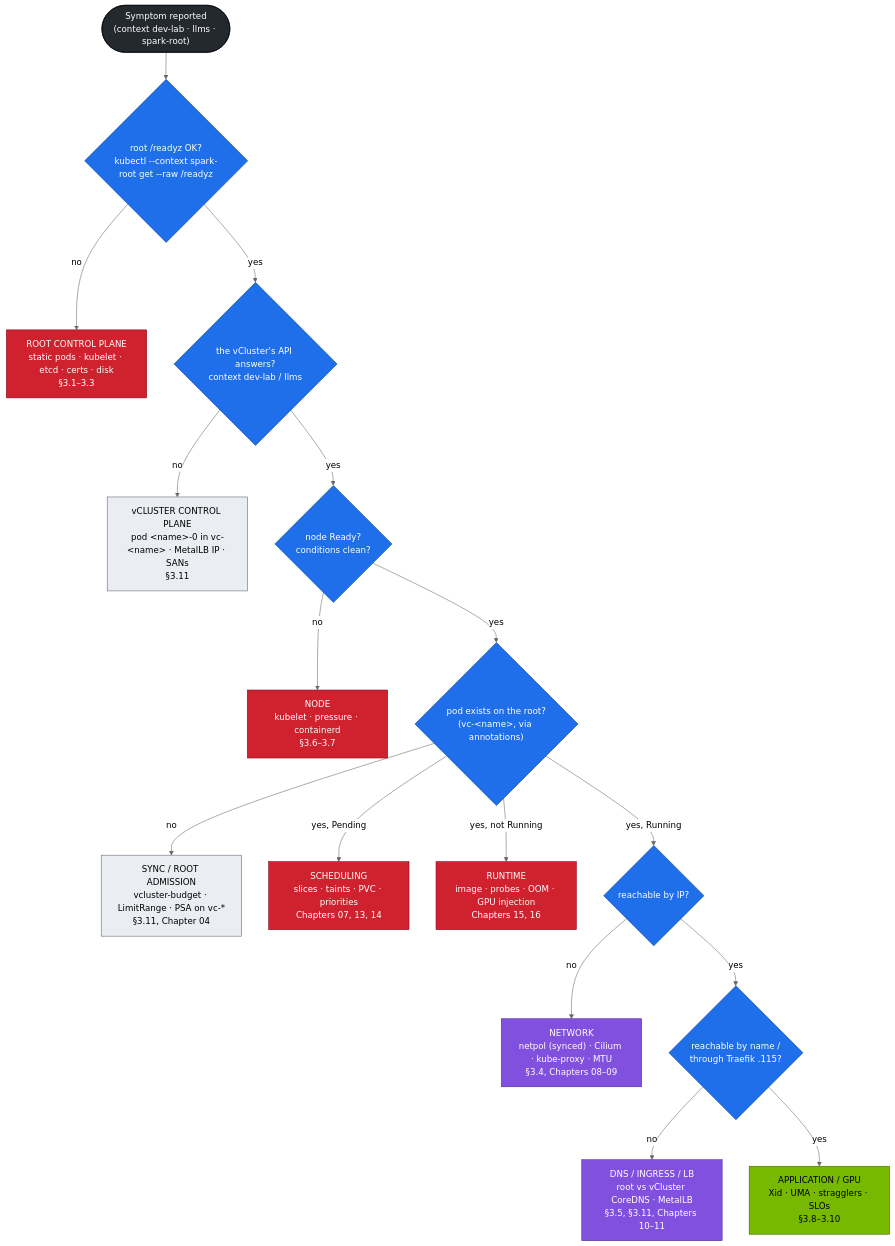
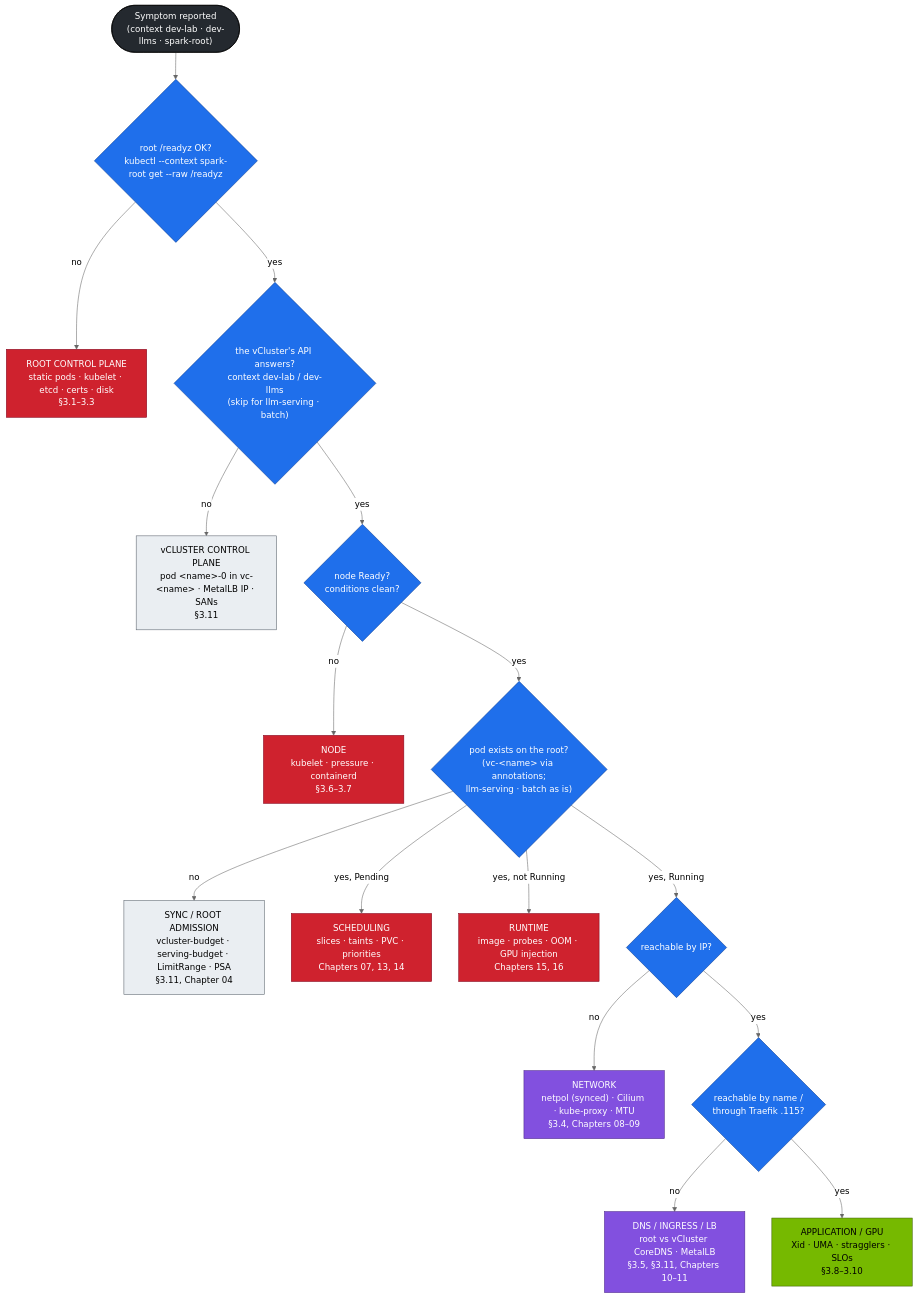
One commit to cloudone365/technical-depth changed the diagram in 02-Kubernetes/26-cluster-diagnostics-and-failure-scenarios.md. Above: the diagram before and after it, drawn with Mermaid (neutral theme). The commit also changed other lines of this file and 58 other files, not shown here.

First line of the commit message:
Docs: dev-llms sandbox vCluster, LLM stack on the root, shared ~90 GiB pool, headless DGX OS

````diff
--- a/02-Kubernetes/26-cluster-diagnostics-and-failure-scenarios.md
+++ b/02-Kubernetes/26-cluster-diagnostics-and-failure-scenarios.md
@@ -20,30 +20,30 @@
 ```mermaid
 flowchart TD
-  S(["Symptom reported<br/>(context dev-lab · llms · spark-root)"]) --> Q0{"root /readyz OK?<br/>kubectl --context spark-root get --raw /readyz"}
+  S(["Symptom reported<br/>(context dev-lab · dev-llms · spark-root)"]) --> Q0{"root /readyz OK?<br/>kubectl --context spark-root get --raw /readyz"}
   Q0 -- no --> CP["ROOT CONTROL PLANE<br/>static pods · kubelet · etcd · certs · disk<br/>§3.1–3.3"]
-  Q0 -- yes --> Qv{"the vCluster's API answers?<br/>context dev-lab / llms"}
+  Q0 -- yes --> Qv{"the vCluster's API answers?<br/>context dev-lab / dev-llms<br/>(skip for llm-serving · batch)"}
   Qv -- no --> VC["vCLUSTER CONTROL PLANE<br/>pod &lt;name&gt;-0 in vc-&lt;name&gt; · MetalLB IP · SANs<br/>§3.11"]
   Qv -- yes --> Q2{"node Ready?<br/>conditions clean?"}
   Q2 -- no --> ND["NODE<br/>kubelet · pressure · containerd<br/>§3.6–3.7"]
-  Q2 -- yes --> Q3{"pod exists on the root?<br/>(vc-&lt;name&gt;, via annotations)"}
-  Q3 -- "no" --> SY["SYNC / ROOT ADMISSION<br/>vcluster-budget · LimitRange · PSA on vc-*<br/>§3.11, Chapter 04"]
+  Q2 -- yes --> Q3{"pod exists on the root?<br/>(vc-&lt;name&gt; via annotations;<br/>llm-serving · batch as is)"}
+  Q3 -- "no" --> SY["SYNC / ROOT ADMISSION<br/>vcluster-budget · serving-budget · LimitRange · PSA<br/>§3.11, Chapter 04"]
   Q3 -- "yes, Pending" --> SC["SCHEDULING<br/>slices · taints · PVC · priorities<br/>Chapters 07, 13, 14"]
   Q3 -- "yes, not Running" --> RT["RUNTIME<br/>image · probes · OOM · GPU injection<br/>Chapters 15, 16"]
   Q3 -- "yes, Running" --> Q5{"reachable by IP?"}
   Q5 -- no --> NET["NETWORK<br/>netpol (synced) · Cilium · kube-proxy · MTU<br/>§3.4, Chapters 08–09"]
   Q5 -- yes --> Q6{"reachable by name /<br/>through Traefik .115?"}
   Q6 -- no --> DNS["DNS / INGRESS / LB<br/>root vs vCluster CoreDNS · MetalLB<br/>§3.5, §3.11, Chapters 10–11"]
   Q6 -- yes --> APP["APPLICATION / GPU<br/>Xid · UMA · stragglers · SLOs<br/>§3.8–3.10"]
   classDef ctrl fill:#1f6feb,stroke:#0b3d91,color:#fff
   classDef sec fill:#cf222e,stroke:#82071e,color:#fff
   classDef gpu fill:#76b900,stroke:#3d6000,color:#000
   classDef net fill:#8250df,stroke:#4c2889,color:#fff
   classDef tenant fill:#eaeef2,stroke:#57606a,color:#000
   classDef ext fill:#24292f,stroke:#000,color:#fff
   class S ext
   class Q0,Qv,Q2,Q3,Q5,Q6 ctrl
   class CP,ND,SC,RT sec
   class VC,SY tenant
   class NET,DNS net
   class APP gpu
 ```
````
